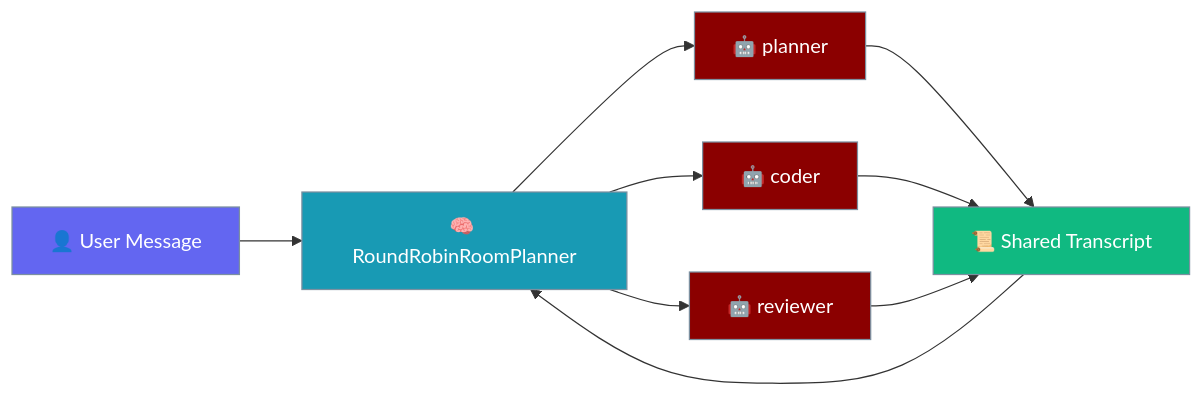
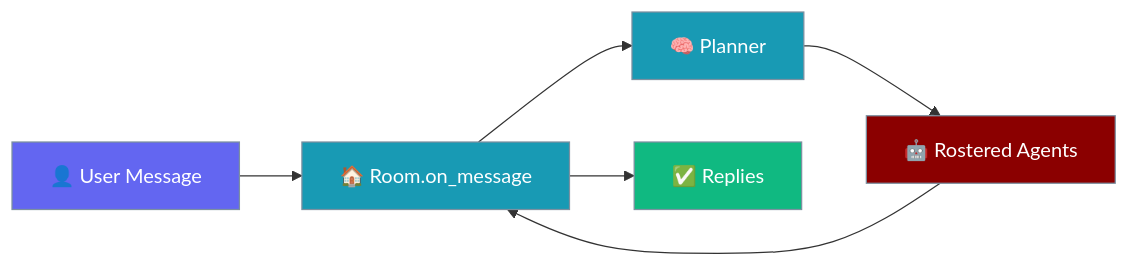
One commit to MervinPraison/PraisonAIDocs changed the first of 3 diagrams in docs/features/conversation-rooms.mdx. Above: the diagram before and after it, drawn with Mermaid. The commit also changed other lines of this file, not shown here.

Commit message:
docs: update conversation-rooms.mdx for Room + RoomConfig runtime (fixes #4273)

````diff
--- a/docs/features/conversation-rooms.mdx
+++ b/docs/features/conversation-rooms.mdx
@@ -10,21 +10,18 @@
 ```mermaid
 graph LR
-    User[👤 User Message] --> Planner[🧠 RoundRobinRoomPlanner]
-    Planner --> A1[🤖 planner]
-    Planner --> A2[🤖 coder]
-    Planner --> A3[🤖 reviewer]
-    A1 --> Transcript[📜 Shared Transcript]
-    A2 --> Transcript
-    A3 --> Transcript
-    Transcript --> Planner
+    User[👤 User Message] --> Room[🏠 Room.on_message]
+    Room --> Planner[🧠 Planner]
+    Planner --> Agents[🤖 Rostered Agents]
+    Agents --> Room
+    Room --> Replies[✅ Replies]
 
     classDef user fill:#6366F1,stroke:#7C90A0,color:#fff
-    classDef planner fill:#189AB4,stroke:#7C90A0,color:#fff
+    classDef process fill:#189AB4,stroke:#7C90A0,color:#fff
     classDef agent fill:#8B0000,stroke:#7C90A0,color:#fff
-    classDef record fill:#10B981,stroke:#7C90A0,color:#fff
+    classDef result fill:#10B981,stroke:#7C90A0,color:#fff
 
     class User user
-    class Planner planner
-    class A1,A2,A3 agent
-    class Transcript record
+    class Room,Planner process
+    class Agents agent
+    class Replies result
 ```
````
